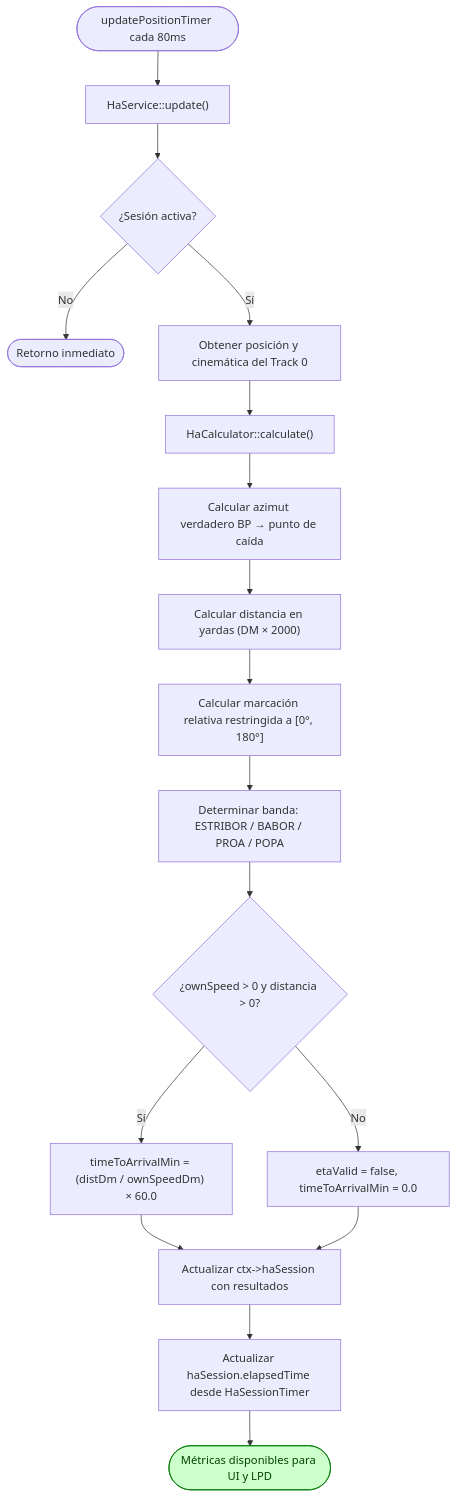
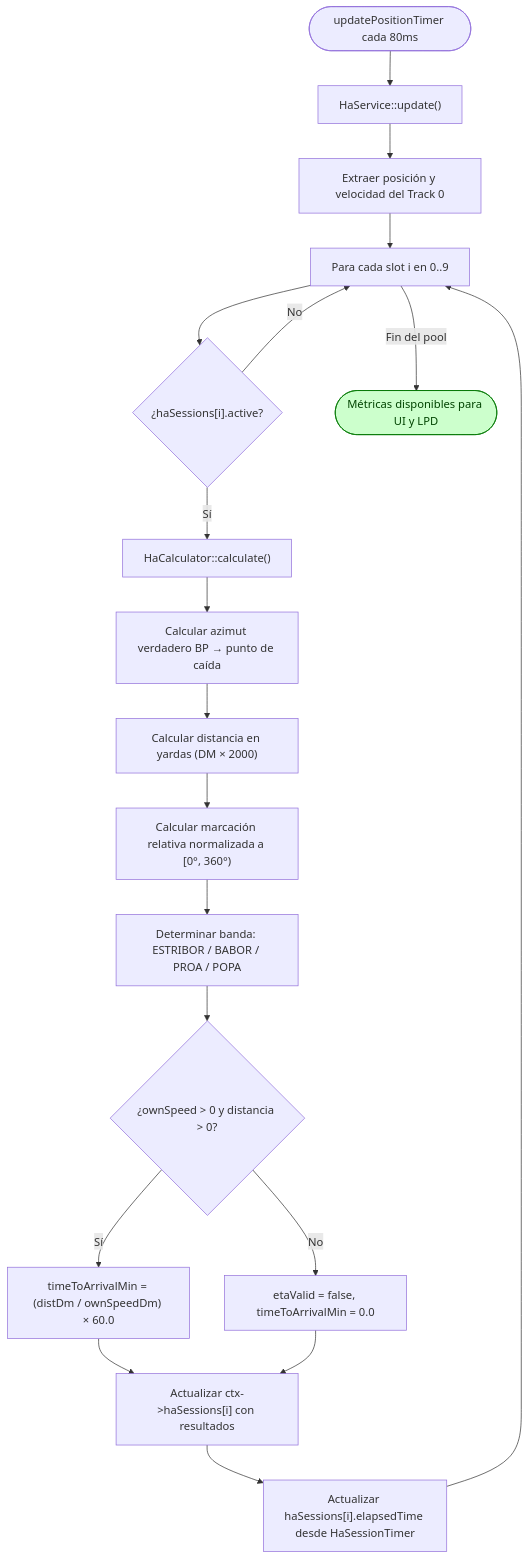
The second of 2 diagrams in docs/flows/hombre-al-agua.md (DirectorSiag/DDM), drawn with Mermaid before and after one commit. The commit also changed other lines of this file, not shown here.

Commit message:
md actualizado: 10 sesiones activas y marcacion relativa corregida

````diff
--- a/docs/flows/hombre-al-agua.md
+++ b/docs/flows/hombre-al-agua.md
@@ -183,26 +183,28 @@
 ```mermaid
 flowchart TD
     T1([updatePositionTimer cada 80ms]) --> T2["HaService::update()"]
-    T2 --> T3{"¿Sesión activa?"}
-    T3 -->|No| T_END([Retorno inmediato])
+    T2 --> T3[Extraer posición y velocidad del Track 0]
+    T3 --> T4[Para cada slot i en 0..9]
+    T4 --> T5{"¿haSessions[i].active?"}
+    T5 -->|No| T4
+    T5 -->|Sí| T6["HaCalculator::calculate()"]
 
-    T3 -->|Sí| T4[Obtener posición y cinemática del Track 0]
-    T4 --> T5["HaCalculator::calculate()"]
+    T6 --> T7[Calcular azimut verdadero BP → punto de caída]
+    T7 --> T8["Calcular distancia en yardas (DM × 2000)"]
+    T8 --> T9["Calcular marcación relativa normalizada a [0°, 360°)"]
+    T9 --> T10[Determinar banda: ESTRIBOR / BABOR / PROA / POPA]
 
-    T5 --> T6[Calcular azimut verdadero BP → punto de caída]
-    T6 --> T7["Calcular distancia en yardas (DM × 2000)"]
-    T7 --> T8["Calcular marcación relativa restringida a [0°, 180°]"]
-    T8 --> T9[Determinar banda: ESTRIBOR / BABOR / PROA / POPA]
+    T10 --> T11{"¿ownSpeed > 0 y distancia > 0?"}
+    T11 -->|Sí| T12["timeToArrivalMin = (distDm / ownSpeedDm) × 60.0"]
+    T11 -->|No| T13[etaValid = false, timeToArrivalMin = 0.0]
 
-    T9 --> T10{"¿ownSpeed > 0 y distancia > 0?"}
-    T10 -->|Sí| T11["timeToArrivalMin = (distDm / ownSpeedDm) × 60.0"]
-    T10 -->|No| T12[etaValid = false, timeToArrivalMin = 0.0]
+    T12 --> T14["Actualizar ctx->haSessions[i] con resultados"]
+    T13 --> T14
+    T14 --> T15["Actualizar haSessions[i].elapsedTime desde HaSessionTimer"]
+    T15 --> T4
 
-    T11 --> T13[Actualizar ctx->haSession con resultados]
-    T12 --> T13
-    T13 --> T14[Actualizar haSession.elapsedTime desde HaSessionTimer]
-    T14 --> FT([Métricas disponibles para UI y LPD])
+    T4 -->|Fin del pool| FT([Métricas disponibles para UI y LPD])
 
     classDef ok fill:#ccffcc,stroke:#007700,color:#004400
     class FT ok
 ```
````
